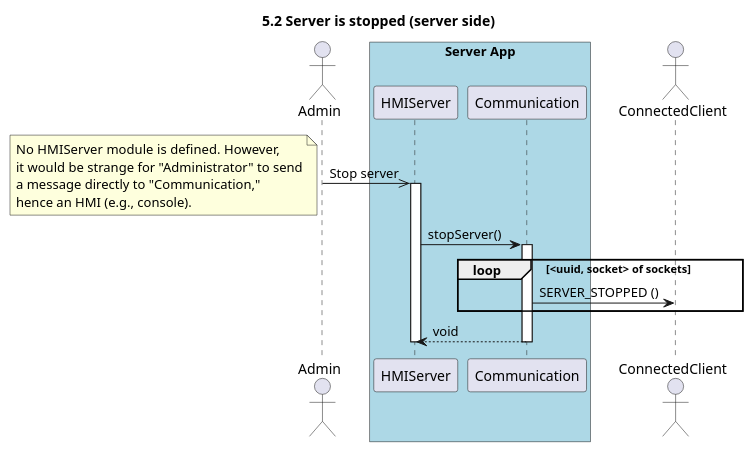
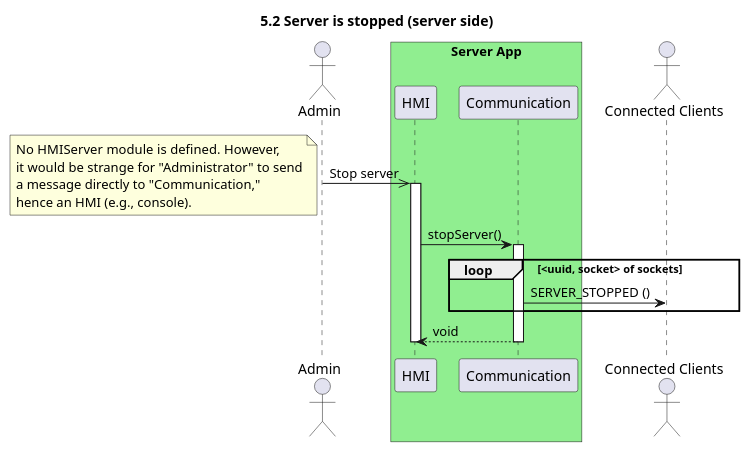
One commit to UTCAI12/Diagrams changed the diagram in sequence/5.2.stop_server_server.puml. Above: the diagram before and after it, drawn with PlantUML. The commit also changed 6 other files, not shown here.

```diff
--- a/sequence/5.2.stop_server_server.puml
+++ b/sequence/5.2.stop_server_server.puml
@@ -1,27 +1,25 @@
 @startuml 5.2 Server is stopped (server side)
 title 5.2 Server is stopped (server side)
 
-actor Admin as admin
-
-box "Server App" #LightBlue
-    participant HMIServer as hmi
-    participant Communication as com
+actor "Admin" as admin
+box "Server App" #LightGreen
+    participant "HMI" as hmi
+    participant "Communication" as com
 end box
-
-actor ConnectedClient as client
+actor "Connected Clients" as connected
 
 admin ->> hmi : Stop server
 note left : No HMIServer module is defined. However, \nit would be strange for "Administrator" to send\na message directly to "Communication,"\nhence an HMI (e.g., console).
 activate hmi
 
 hmi -> com++ : stopServer()
 
 loop <uuid, socket> of sockets
-    com -> client : SERVER_STOPPED ()
+    com -> connected : SERVER_STOPPED ()
 end
 
 return void
 
 deactivate hmi
 
 @enduml
```
